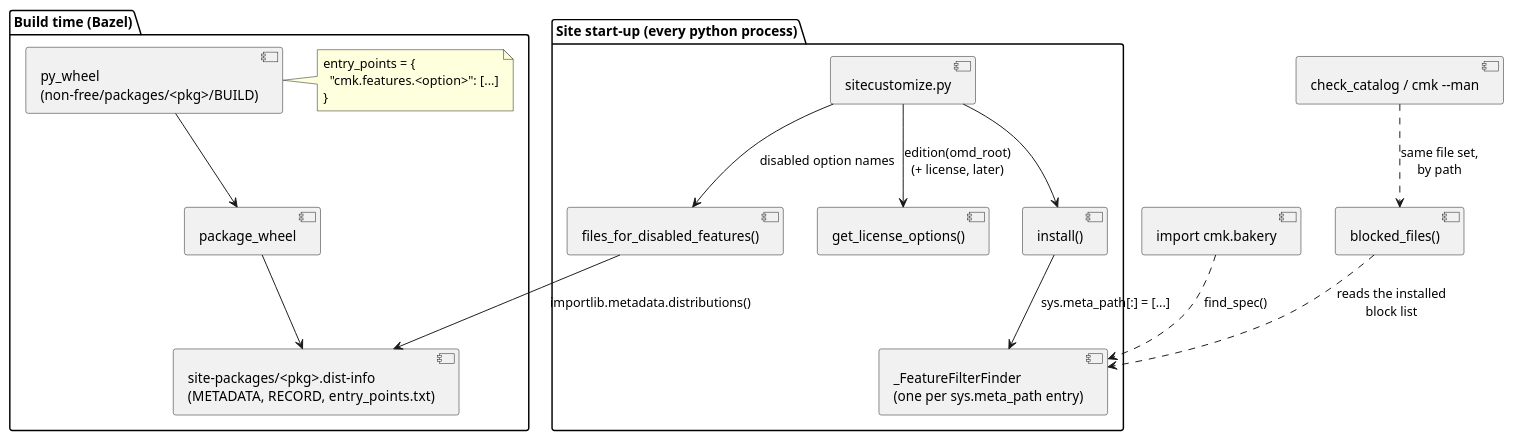
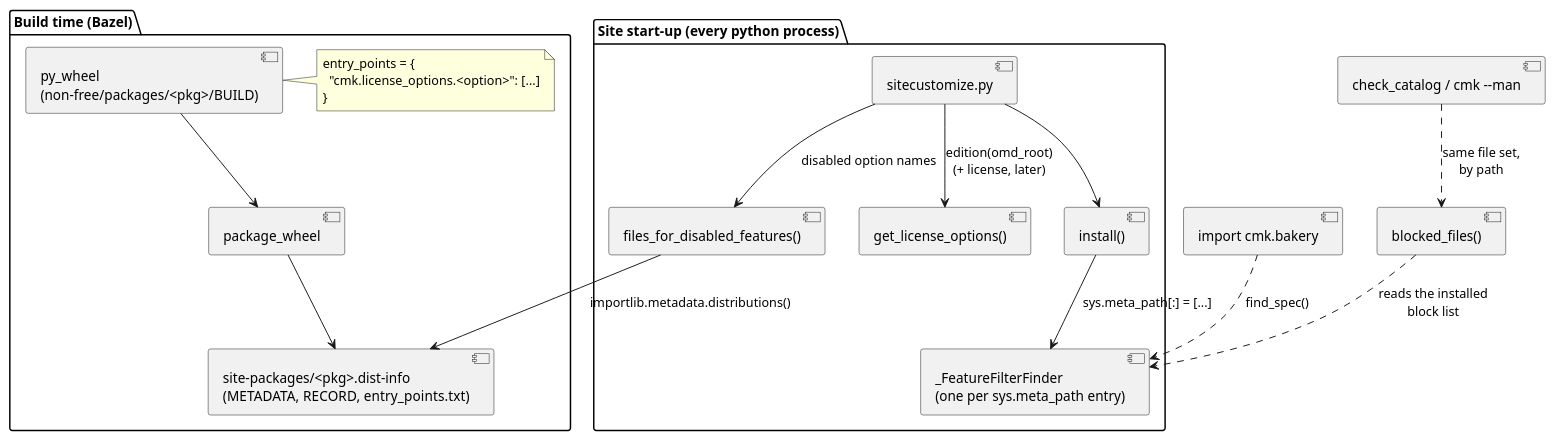
One commit to Checkmk/checkmk changed the diagram in doc/documentation/arch-licensing-feature-filter.rst. Above: the diagram before and after it, drawn with PlantUML. The commit also changed other lines of this file and 2 other files, not shown here.

First line of the commit message:
ccc: name the groups after the license options

```diff
--- a/doc/documentation/arch-licensing-feature-filter.rst
+++ b/doc/documentation/arch-licensing-feature-filter.rst
@@ -45,34 +45,34 @@
 .. uml::
 
     package "Build time (Bazel)" {
         [py_wheel\n(non-free/packages/<pkg>/BUILD)] as wheel
         note right of wheel
           entry_points = {
-            "cmk.features.<option>": [...]
+            "cmk.license_options.<option>": [...]
           }
         end note
         [package_wheel] as pkgwheel
         [site-packages/<pkg>.dist-info\n(METADATA, RECORD, entry_points.txt)] as distinfo
         wheel --> pkgwheel
         pkgwheel --> distinfo
     }
 
     package "Site start-up (every python process)" {
         [sitecustomize.py] as sc
         [install()] as apply
         [get_license_options()] as opts
         [files_for_disabled_features()] as files
         [_FeatureFilterFinder\n(one per sys.meta_path entry)] as finder
         sc --> apply
         sc --> opts : edition(omd_root)\n(+ license, later)
         sc --> files : disabled option names
         files --> distinfo : importlib.metadata.distributions()
         apply --> finder : sys.meta_path[:] = [...]
     }
 
     [import cmk.bakery] as imp
     [check_catalog / cmk --man] as catalog
     [blocked_files()] as blocked
     imp ..> finder : find_spec()
     catalog ..> blocked : same file set,\nby path
     blocked ..> finder : reads the installed\nblock list
```
